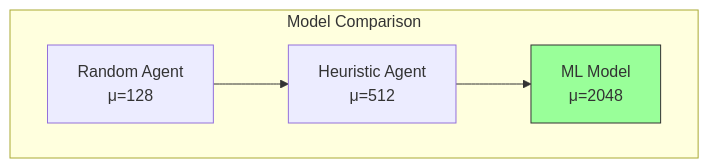
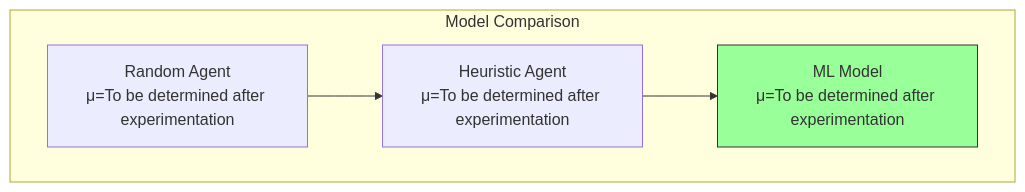
The fourth of 6 diagrams in plan/08-Research-Report/01-IMRD/03-results.md (Evintkoo/2048-ml), drawn with Mermaid before and after one commit. The commit also changed other lines of this file and 14 other files, not shown here.

````diff
--- a/plan/08-Research-Report/01-IMRD/03-results.md
+++ b/plan/08-Research-Report/01-IMRD/03-results.md
@@ -57,9 +57,9 @@
 ```mermaid
 graph TD
     subgraph "Model Comparison"
-        A[Random Agent<br/>μ=128] --> B[Heuristic Agent<br/>μ=512]
-        B --> C[ML Model<br/>μ=2048]
+        A[Random Agent<br/>μ=To be determined after experimentation] --> B[Heuristic Agent<br/>μ=To be determined after experimentation]
+        B --> C[ML Model<br/>μ=To be determined after experimentation]
     end
     
     style C fill:#9f9,stroke:#333
 ```
````
